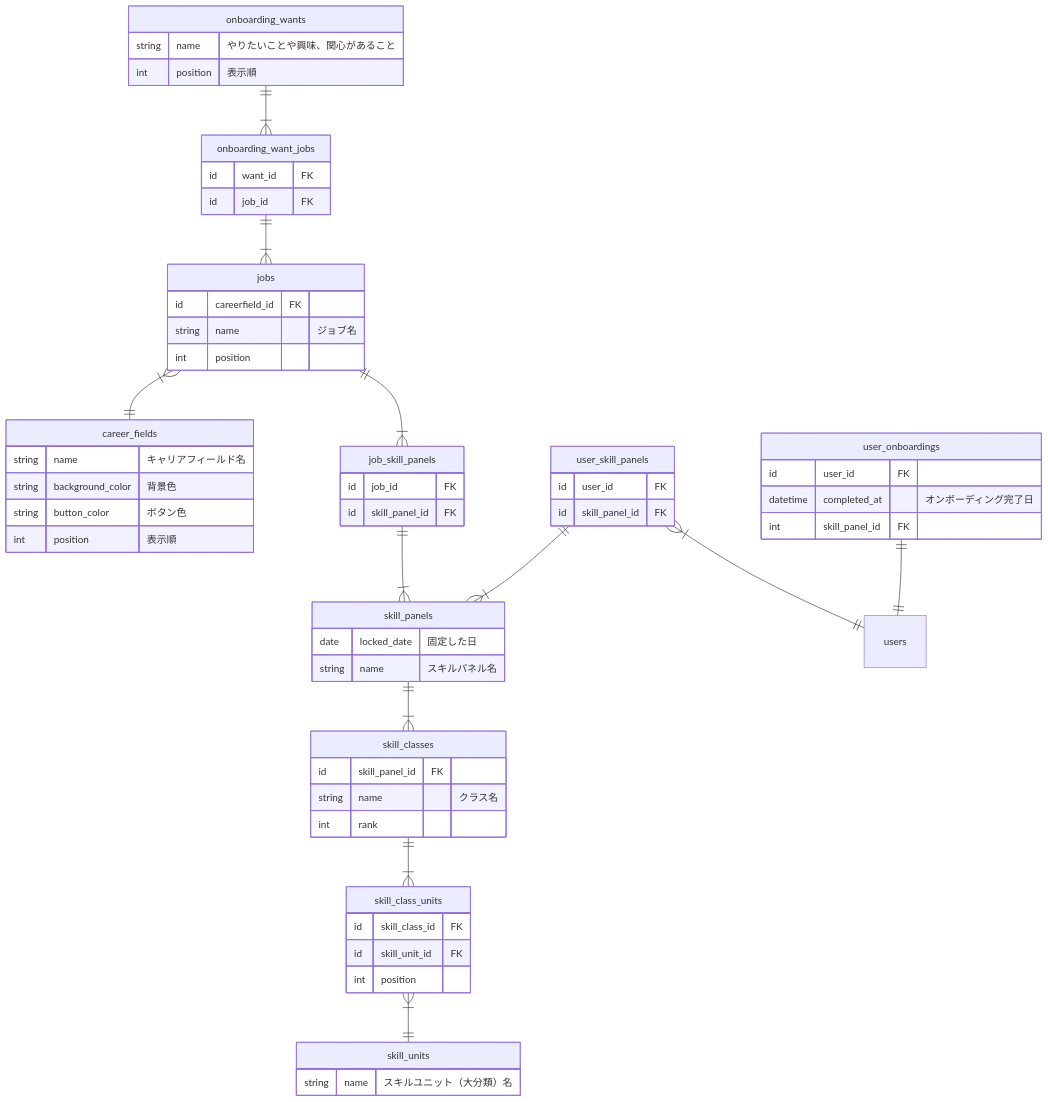
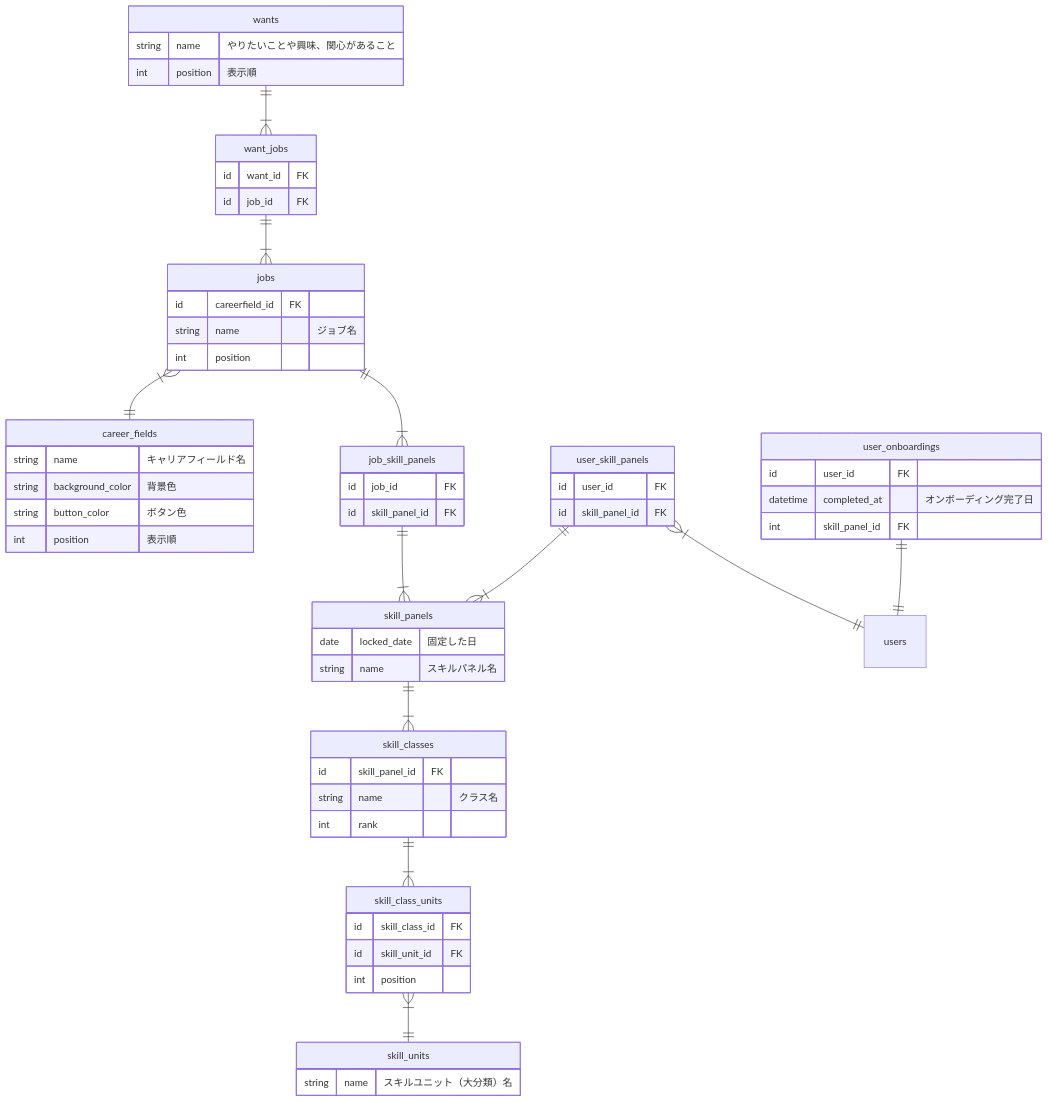
One commit to bright-org/bright changed the diagram in docs/conceptual_schemas/onbordings.md. Above: the diagram before and after it, drawn with Mermaid. The commit also changed other lines of this file, not shown here.

Commit message:
オンボーディングに関わるテーブル定義案の更新

````diff
--- a/docs/conceptual_schemas/onbordings.md
+++ b/docs/conceptual_schemas/onbordings.md
@@ -22,75 +22,75 @@
 ```mermaid
 erDiagram
-  onboarding_wants ||--|{ onboarding_want_jobs : ""
-  onboarding_want_jobs ||--|{ jobs : ""
+  wants ||--|{ want_jobs : ""
+  want_jobs ||--|{ jobs : ""
   jobs }|--|| career_fields : ""
   jobs ||--|{ job_skill_panels : ""
   job_skill_panels ||--|{ skill_panels : ""
   user_skill_panels ||--|{ skill_panels : ""
   user_skill_panels }|--|| users : ""
   user_onboardings ||--|| users : ""
   skill_panels ||--|{ skill_classes : ""
   skill_classes ||--|{ skill_class_units : ""
   skill_class_units }|--|| skill_units : ""
 
   user_onboardings {
     id user_id FK
     datetime completed_at "オンボーディング完了日"
     int skill_panel_id FK
   }
 
-  onboarding_wants {
+  wants {
     string name "やりたいことや興味、関心があること"
     int position "表示順"
   }
 
-  onboarding_want_jobs {
+  want_jobs {
     id want_id FK
     id job_id FK
   }
 
   career_fields {
     string name "キャリアフィールド名"
     string background_color "背景色"
     string button_color "ボタン色"
     int position "表示順"
   }
 
   jobs {
     id careerfield_id FK
     string name "ジョブ名"
     int position
   }
 
   job_skill_panels {
     id job_id FK
     id skill_panel_id FK
   }
 
   skill_panels {
     date locked_date "固定した日"
     string name "スキルパネル名"
   }
 
   user_skill_panels {
     id user_id FK
     id skill_panel_id FK
   }
 
   skill_classes {
     id skill_panel_id FK
     string name "クラス名"
     int rank
   }
 
   skill_class_units {
     id skill_class_id FK
     id skill_unit_id FK
     int position
   }
 
   skill_units {
     string name "スキルユニット（大分類）名"
   }
 
 ```
````
